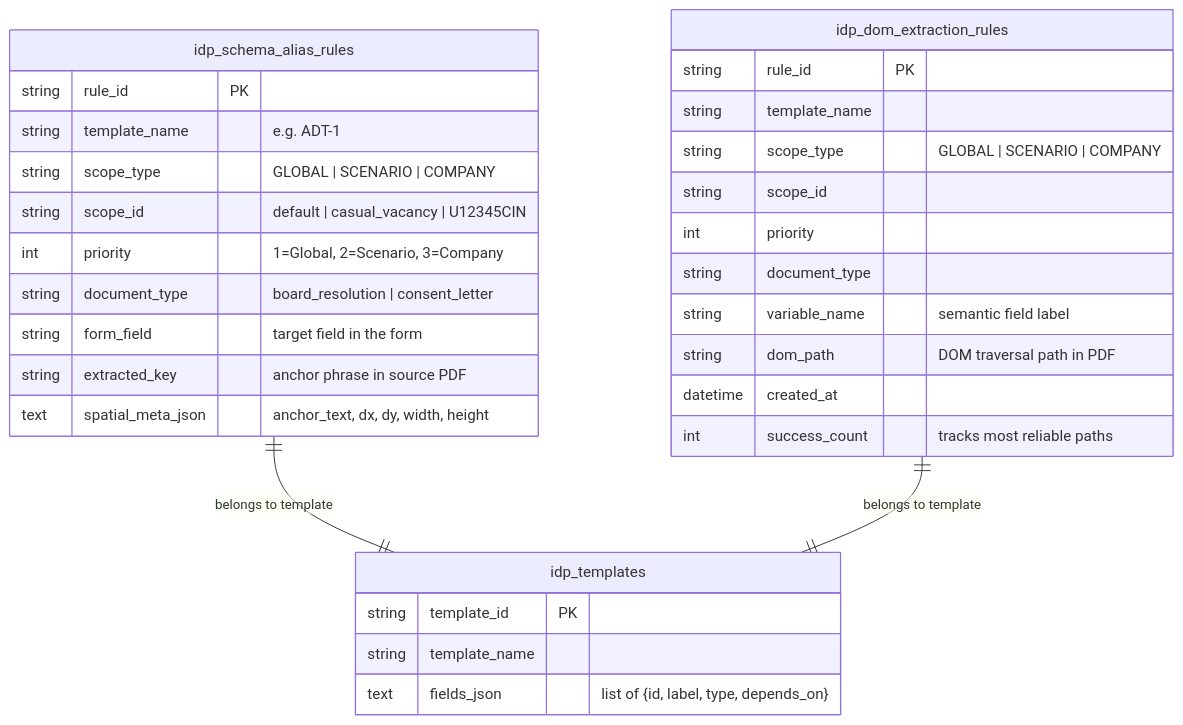
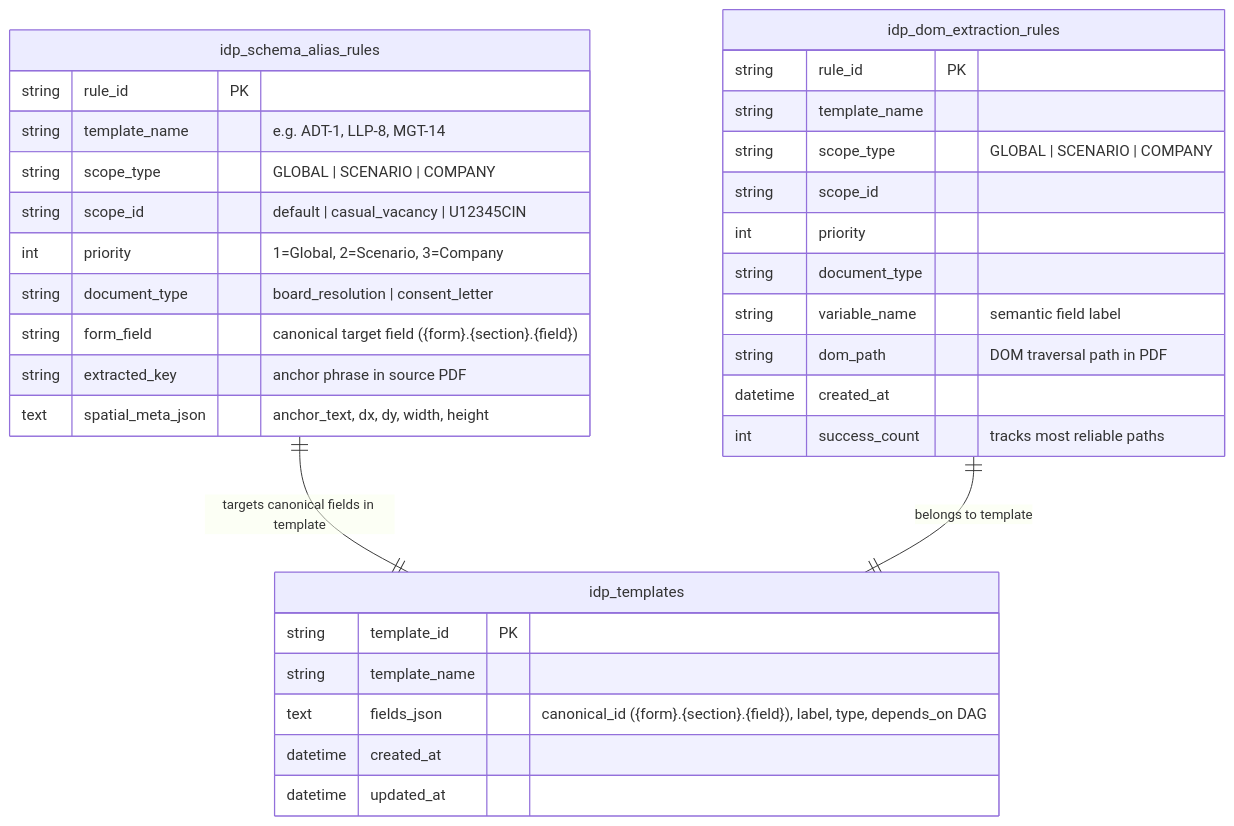
The third of 10 diagrams in document/idp-module/Hld/HLD_IDP_Studio_Multi_Tenant.md (vidit-arca/FLA), drawn with Mermaid before and after one commit. The commit also changed other lines of this file and 14 other files, not shown here.

````diff
--- a/document/idp-module/Hld/HLD_IDP_Studio_Multi_Tenant.md
+++ b/document/idp-module/Hld/HLD_IDP_Studio_Multi_Tenant.md
@@ -338,36 +355,38 @@
 ```mermaid
 erDiagram
     idp_schema_alias_rules {
         string rule_id PK
-        string template_name "e.g. ADT-1"
+        string template_name "e.g. ADT-1, LLP-8, MGT-14"
         string scope_type "GLOBAL | SCENARIO | COMPANY"
         string scope_id "default | casual_vacancy | U12345CIN"
         int priority "1=Global, 2=Scenario, 3=Company"
         string document_type "board_resolution | consent_letter"
-        string form_field "target field in the form"
+        string form_field "canonical target field ({form}.{section}.{field})"
         string extracted_key "anchor phrase in source PDF"
         text spatial_meta_json "anchor_text, dx, dy, width, height"
     }
 
     idp_dom_extraction_rules {
         string rule_id PK
         string template_name
         string scope_type "GLOBAL | SCENARIO | COMPANY"
         string scope_id
         int priority
         string document_type
         string variable_name "semantic field label"
         string dom_path "DOM traversal path in PDF"
         datetime created_at
         int success_count "tracks most reliable paths"
     }
 
     idp_templates {
         string template_id PK
         string template_name
-        text fields_json "list of {id, label, type, depends_on}"
+        text fields_json "canonical_id ({form}.{section}.{field}), label, type, depends_on DAG"
+        datetime created_at
+        datetime updated_at
     }
 
-    idp_schema_alias_rules ||--|| idp_templates : "belongs to template"
+    idp_schema_alias_rules ||--|| idp_templates : "targets canonical fields in template"
     idp_dom_extraction_rules ||--|| idp_templates : "belongs to template"
 ```
````
